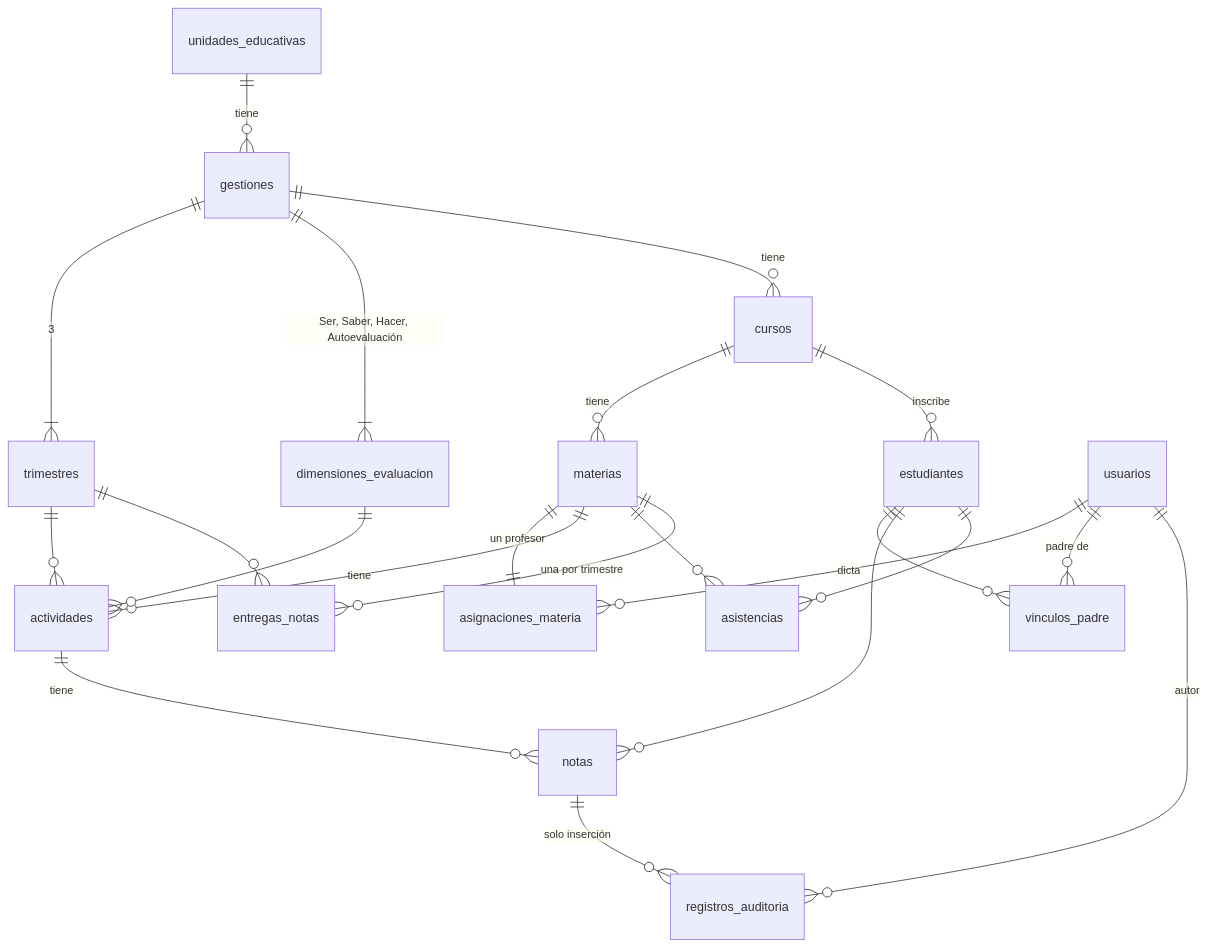
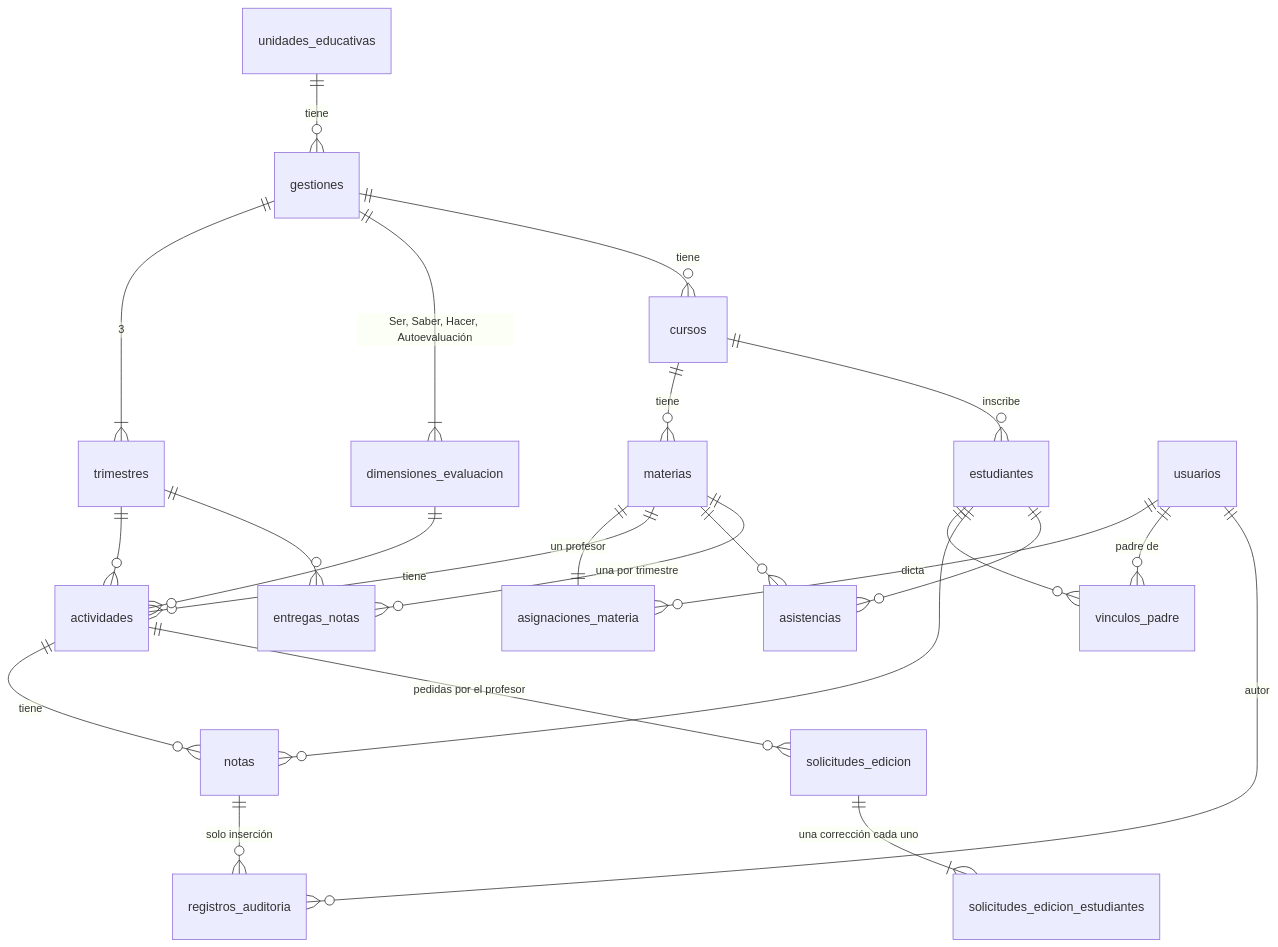
The third of 3 diagrams in docs/sad/SAD-CalisFacu.md (lujan-99/calisfacu), drawn with Mermaid before and after one commit. The commit also changed other lines of this file and 27 other files, not shown here.

````diff
--- a/docs/sad/SAD-CalisFacu.md
+++ b/docs/sad/SAD-CalisFacu.md
@@ -105,24 +106,26 @@
 ```mermaid
 erDiagram
   unidades_educativas ||--o{ gestiones : tiene
   gestiones ||--|{ trimestres : "3"
   gestiones ||--|{ dimensiones_evaluacion : "Ser, Saber, Hacer, Autoevaluación"
   gestiones ||--o{ cursos : tiene
   cursos ||--o{ materias : tiene
   cursos ||--o{ estudiantes : inscribe
   materias ||--|| asignaciones_materia : "un profesor"
   usuarios ||--o{ asignaciones_materia : dicta
   usuarios ||--o{ vinculos_padre : "padre de"
   estudiantes ||--o{ vinculos_padre : ""
   materias ||--o{ actividades : tiene
   trimestres ||--o{ actividades : ""
   dimensiones_evaluacion ||--o{ actividades : ""
   actividades ||--o{ notas : tiene
   estudiantes ||--o{ notas : ""
   notas ||--o{ registros_auditoria : "solo inserción"
   usuarios ||--o{ registros_auditoria : autor
   materias ||--o{ asistencias : ""
   estudiantes ||--o{ asistencias : ""
+  actividades ||--o{ solicitudes_edicion : "pedidas por el profesor"
+  solicitudes_edicion ||--|{ solicitudes_edicion_estudiantes : "una corrección cada uno"
   materias ||--o{ entregas_notas : "una por trimestre"
   trimestres ||--o{ entregas_notas : ""
 ```
````
